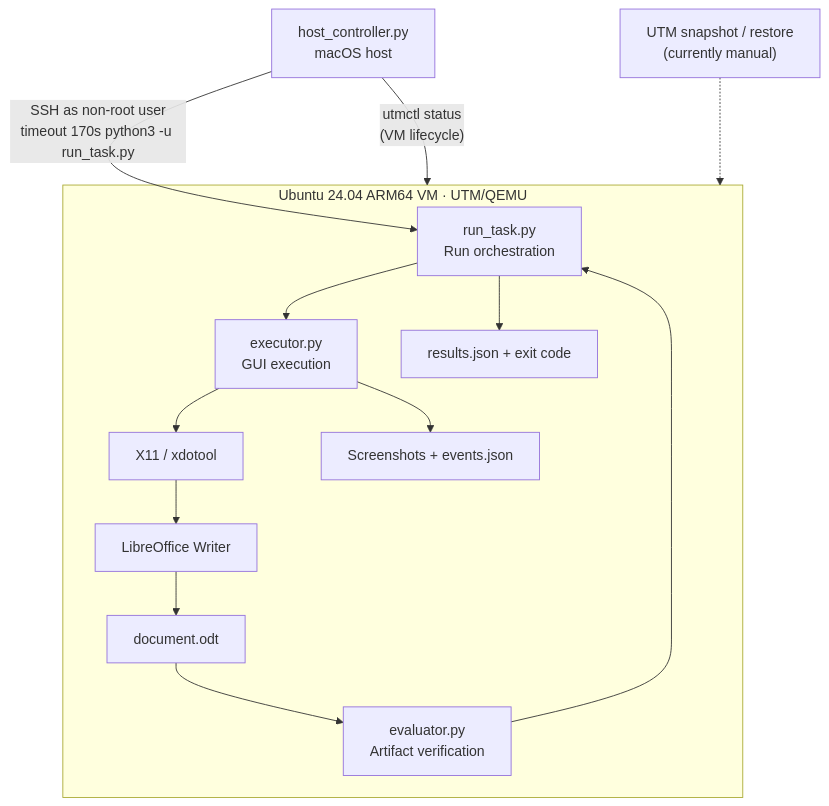
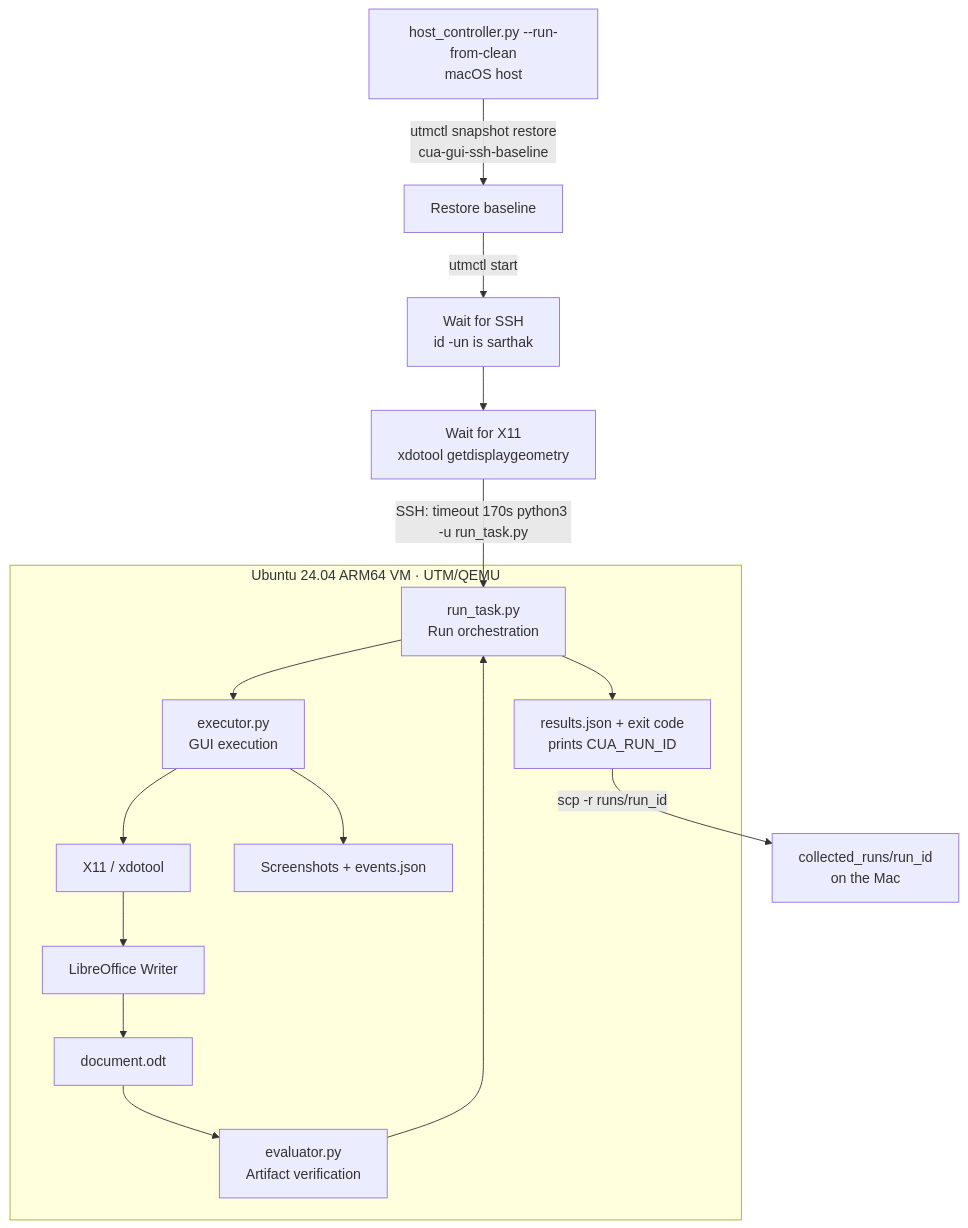
Before and after one commit to gsarthakdev/cua-learning: the first of 2 diagrams in README.md, drawn with Mermaid. The commit also changed other lines of this file, not shown here.

````diff
--- a/README.md
+++ b/README.md
@@ -23,27 +33,30 @@
 ```mermaid
 flowchart TD
-    H["host_controller.py<br/>macOS host"] -->|"utmctl status<br/>(VM lifecycle)"| VM
-    H -->|"SSH as non-root user<br/>timeout 170s python3 -u run_task.py"| R
+    H["host_controller.py --run-from-clean<br/>macOS host"]
+    H -->|"utmctl snapshot restore<br/>cua-gui-ssh-baseline"| B["Restore baseline"]
+    B -->|"utmctl start"| S1["Wait for SSH<br/>id -un is sarthak"]
+    S1 --> S2["Wait for X11<br/>xdotool getdisplaygeometry"]
+    S2 -->|"SSH: timeout 170s python3 -u run_task.py"| R
 
     R["run_task.py<br/>Run orchestration"] --> X["executor.py<br/>GUI execution"]
     X --> T["X11 / xdotool"]
     T --> W["LibreOffice Writer"]
     W --> O["document.odt"]
     X --> L["Screenshots + events.json"]
     O --> E["evaluator.py<br/>Artifact verification"]
     E --> R
-    R --> S["results.json + exit code"]
+    R --> RS["results.json + exit code<br/>prints CUA_RUN_ID"]
+
+    RS -->|"scp -r runs/run_id"| C["collected_runs/run_id<br/>on the Mac"]
 
     subgraph VM["Ubuntu 24.04 ARM64 VM · UTM/QEMU"]
         R
         X
         T
         W
         O
         L
         E
-        S
+        RS
     end
-
-    M["UTM snapshot / restore<br/>(currently manual)"] -.-> VM
 ```
````
